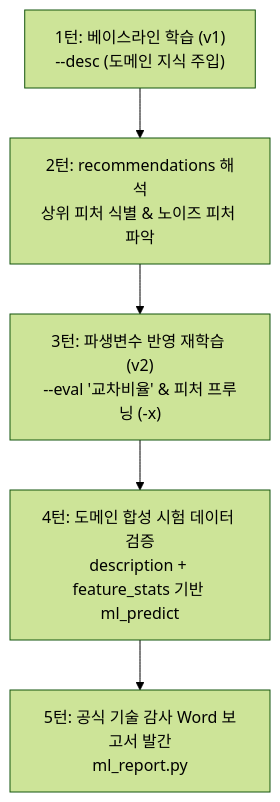
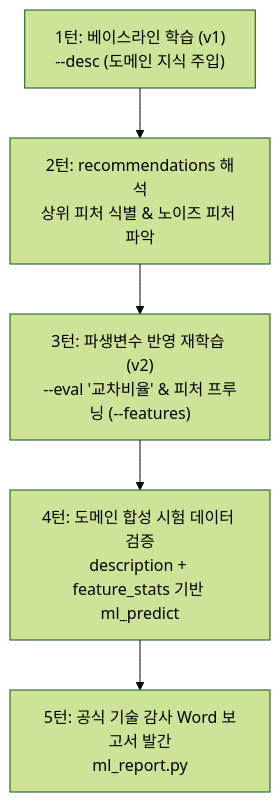
One commit to Sein-Oh/AI_WORK changed the second of 2 diagrams in CLI-dev/ml-kit/README.md. Above: the diagram before and after it, drawn with Mermaid (forest theme). The commit also changed other lines of this file and 36 other files, not shown here.

````diff
--- a/CLI-dev/ml-kit/README.md
+++ b/CLI-dev/ml-kit/README.md
@@ -1258,7 +1258,7 @@
 ```mermaid
 flowchart TD
     Step1["1턴: 베이스라인 학습 (v1)<br>--desc (도메인 지식 주입)"] --> Step2["2턴: recommendations 해석<br>상위 피처 식별 & 노이즈 피처 파악"]
-    Step2 --> Step3["3턴: 파생변수 반영 재학습 (v2)<br>--eval '교차비율' & 피처 프루닝 (-x)"]
+    Step2 --> Step3["3턴: 파생변수 반영 재학습 (v2)<br>--eval '교차비율' & 피처 프루닝 (--features)"]
     Step3 --> Step4["4턴: 도메인 합성 시험 데이터 검증<br>description + feature_stats 기반 ml_predict"]
     Step4 --> Step5["5턴: 공식 기술 감사 Word 보고서 발간<br>ml_report.py"]
 ```
````
